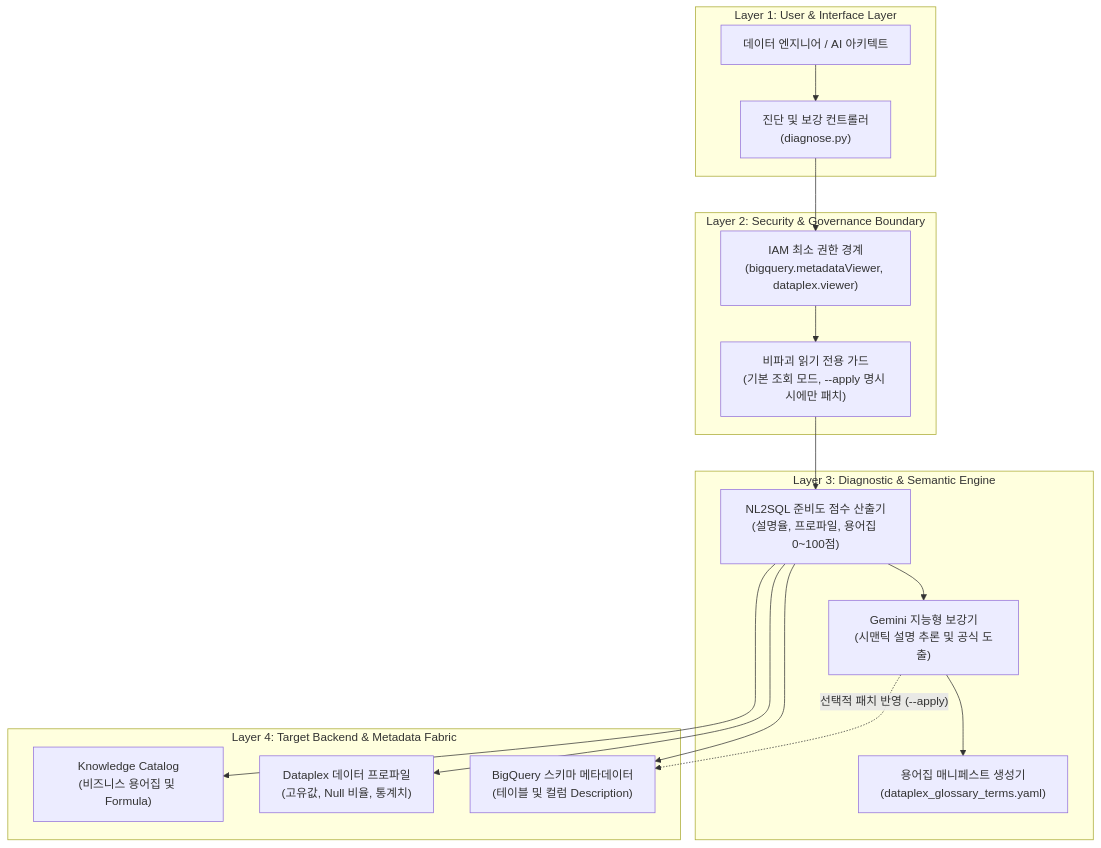
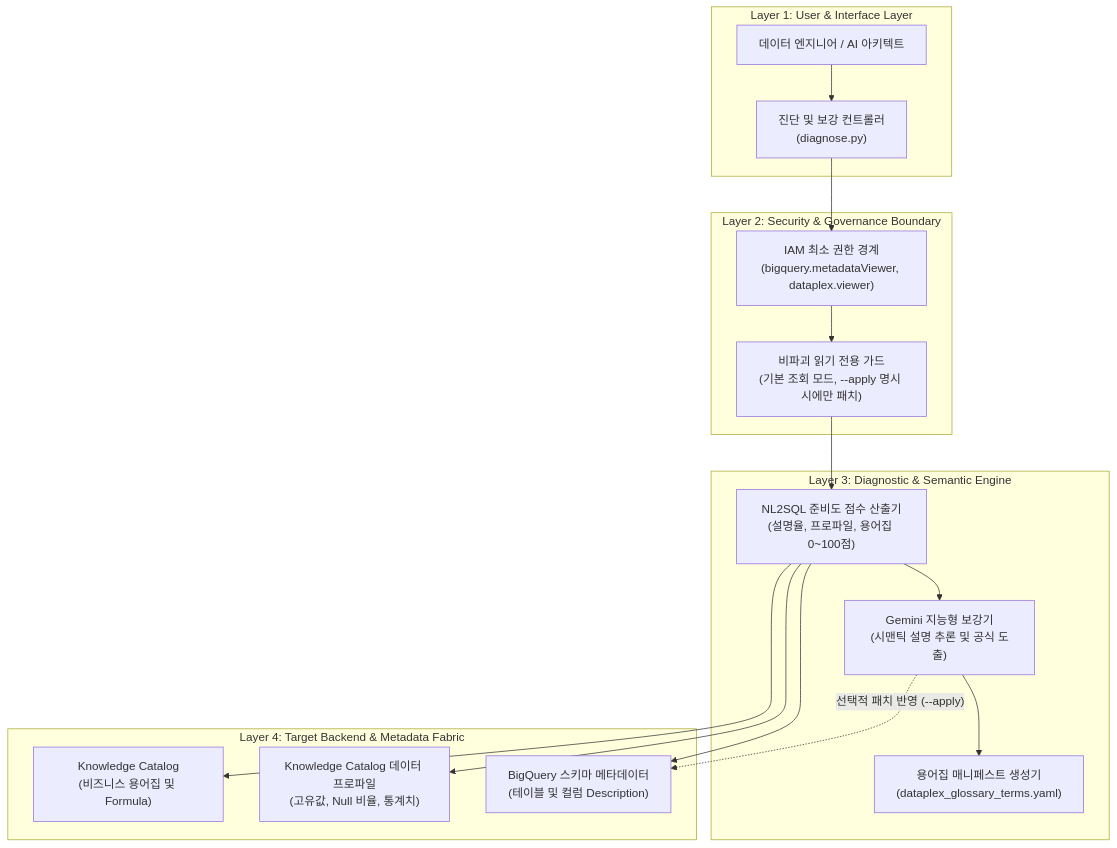
One commit to jiangjun-forge/google-cloud-0-to-1 changed the diagram in samples/bigquery-data-agent-semantic-enricher/README.md. Above: the diagram before and after it, drawn with Mermaid. The commit also changed other lines of this file and 229 other files, not shown here.

````diff
--- a/samples/bigquery-data-agent-semantic-enricher/README.md
+++ b/samples/bigquery-data-agent-semantic-enricher/README.md
@@ -98,34 +97,34 @@
 ```mermaid
 flowchart TB
     subgraph Layer1 ["Layer 1: User & Interface Layer"]
         User["데이터 엔지니어 / AI 아키텍트"]
         CLI["진단 및 보강 컨트롤러<br/>(diagnose.py)"]
         User --> CLI
     end
 
     subgraph Layer2 ["Layer 2: Security & Governance Boundary"]
         IAMBoundary["IAM 최소 권한 경계<br/>(bigquery.metadataViewer, dataplex.viewer)"]
         NonDestructive["비파괴 읽기 전용 가드<br/>(기본 조회 모드, --apply 명시 시에만 패치)"]
         CLI --> IAMBoundary
         IAMBoundary --> NonDestructive
     end
 
     subgraph Layer3 ["Layer 3: Diagnostic & Semantic Engine"]
         ScoreEngine["NL2SQL 준비도 점수 산출기<br/>(설명율, 프로파일, 용어집 0~100점)"]
         EnrichEngine["Gemini 지능형 보강기<br/>(시맨틱 설명 추론 및 공식 도출)"]
         YamlGen["용어집 매니페스트 생성기<br/>(dataplex_glossary_terms.yaml)"]
         NonDestructive --> ScoreEngine
         ScoreEngine --> EnrichEngine
         EnrichEngine --> YamlGen
     end
 
     subgraph Layer4 ["Layer 4: Target Backend & Metadata Fabric"]
         BQMeta["BigQuery 스키마 메타데이터<br/>(테이블 및 컬럼 Description)"]
-        DataplexProfile["Dataplex 데이터 프로파일<br/>(고유값, Null 비율, 통계치)"]
+        CatalogProfile["Knowledge Catalog 데이터 프로파일<br/>(고유값, Null 비율, 통계치)"]
         KnowledgeCatalog["Knowledge Catalog<br/>(비즈니스 용어집 및 Formula)"]
         ScoreEngine --> BQMeta
-        ScoreEngine --> DataplexProfile
+        ScoreEngine --> CatalogProfile
         ScoreEngine --> KnowledgeCatalog
         EnrichEngine -.->|"선택적 패치 반영 (--apply)"| BQMeta
     end
 ```
````
